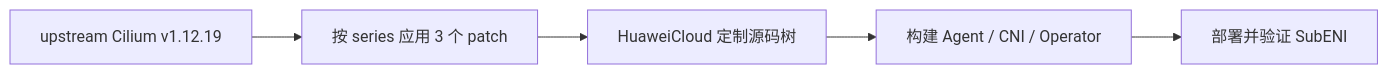
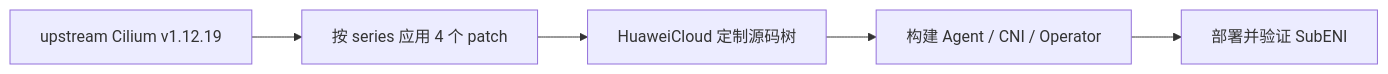
Before and after one commit to lchany/huawei-cilium-plug: the diagram in README.md, drawn with Mermaid. The commit also changed other lines of this file and 3 other files, not shown here.

````diff
--- a/README.md
+++ b/README.md
@@ -48,10 +55,10 @@
 ```mermaid
 flowchart LR
     base["upstream Cilium v1.12.19"]
-    patches["按 series 应用 3 个 patch"]
+    patches["按 series 应用 4 个 patch"]
     source["HuaweiCloud 定制源码树"]
     build["构建 Agent / CNI / Operator"]
     deploy["部署并验证 SubENI"]
 
     base --> patches --> source --> build --> deploy
 ```
````
